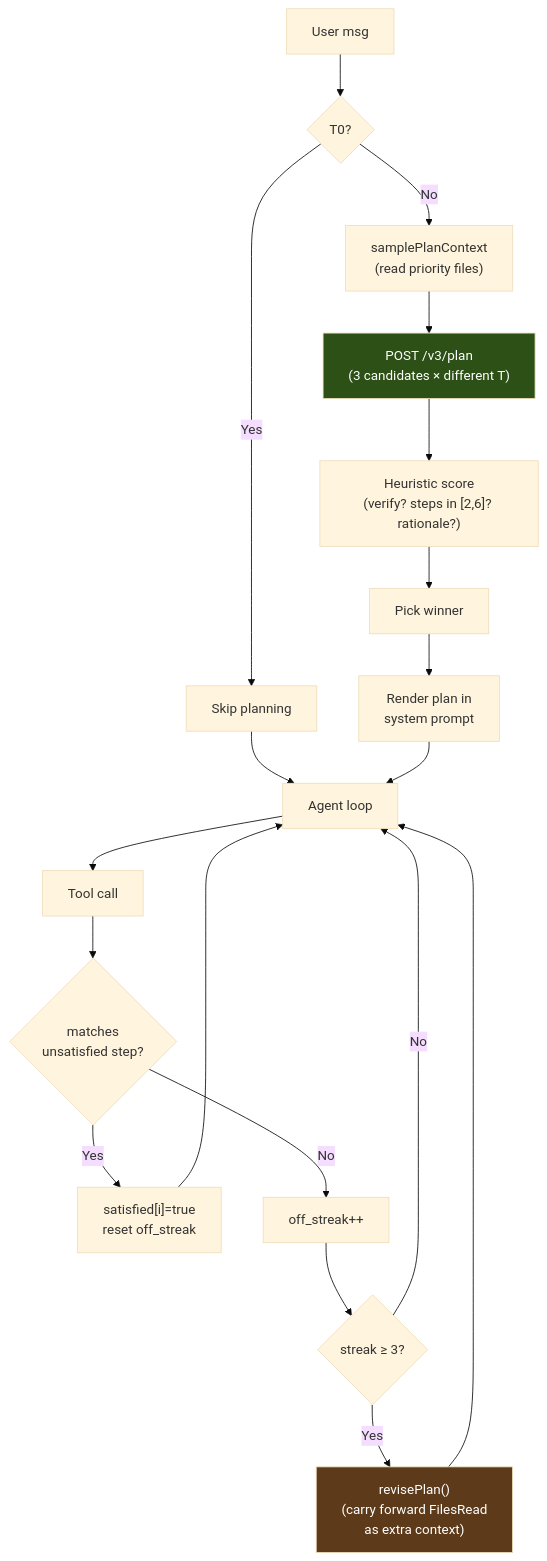
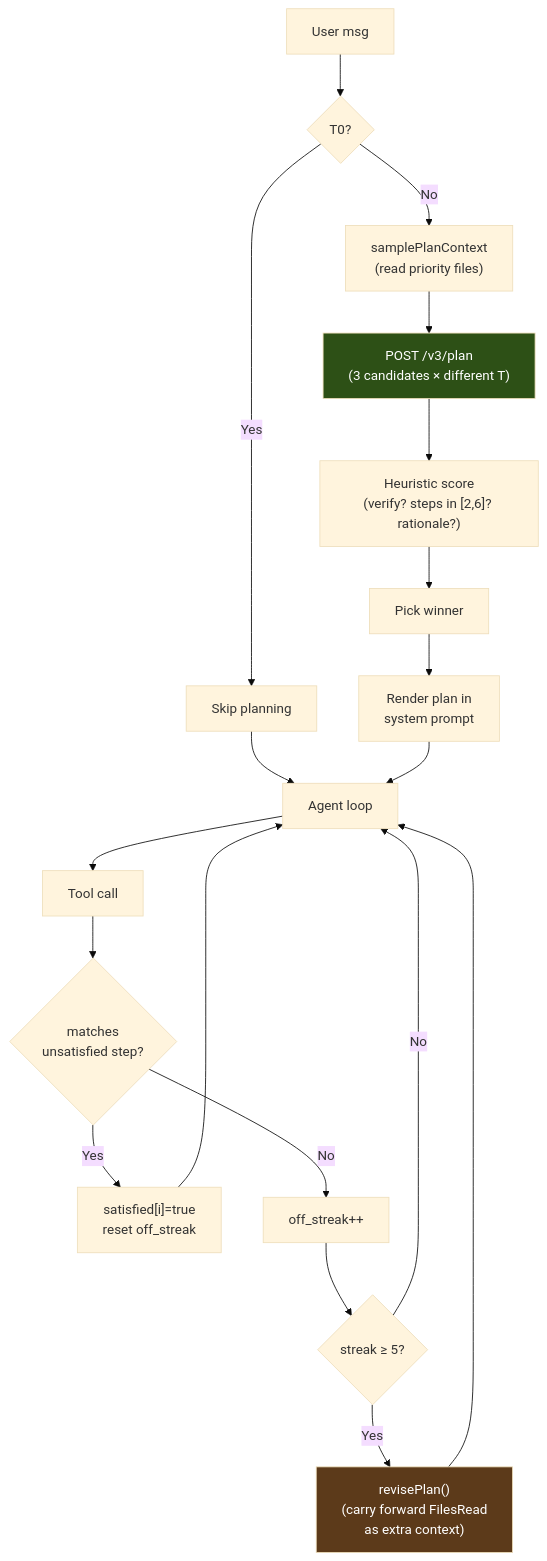
The diagram in docs/PLAN_MODE.md (Messyhairkris/ATLAS), drawn with Mermaid (base theme) before and after one commit. The commit also changed other lines of this file and 91 other files, not shown here.

````diff
--- a/docs/PLAN_MODE.md
+++ b/docs/PLAN_MODE.md
@@ -12,21 +12,21 @@
 ```mermaid
 flowchart TD
     User["User msg"] --> Tier{T0?}
     Tier -->|Yes| Skip["Skip planning"] --> Loop["Agent loop"]
     Tier -->|No| Sample["samplePlanContext\n(read priority files)"]
     Sample --> Plan["POST /v3/plan\n(3 candidates × different T)"]
     Plan --> Score["Heuristic score\n(verify? steps in [2,6]? rationale?)"]
     Score --> Best["Pick winner"]
     Best --> System["Render plan in\nsystem prompt"]
     System --> Loop
     Loop --> Tool["Tool call"]
     Tool --> Adhere{"matches\nunsatisfied step?"}
     Adhere -->|Yes| Tick["satisfied[i]=true\nreset off_streak"] --> Loop
     Adhere -->|No| Streak["off_streak++"]
-    Streak --> Cap{streak ≥ 3?}
+    Streak --> Cap{streak ≥ 5?}
     Cap -->|No| Loop
     Cap -->|Yes| Revise["revisePlan()\n(carry forward FilesRead\nas extra context)"] --> Loop
 
     style Plan fill:#2d5016,color:#fff
     style Revise fill:#5c3a1a,color:#fff
 ```
````
